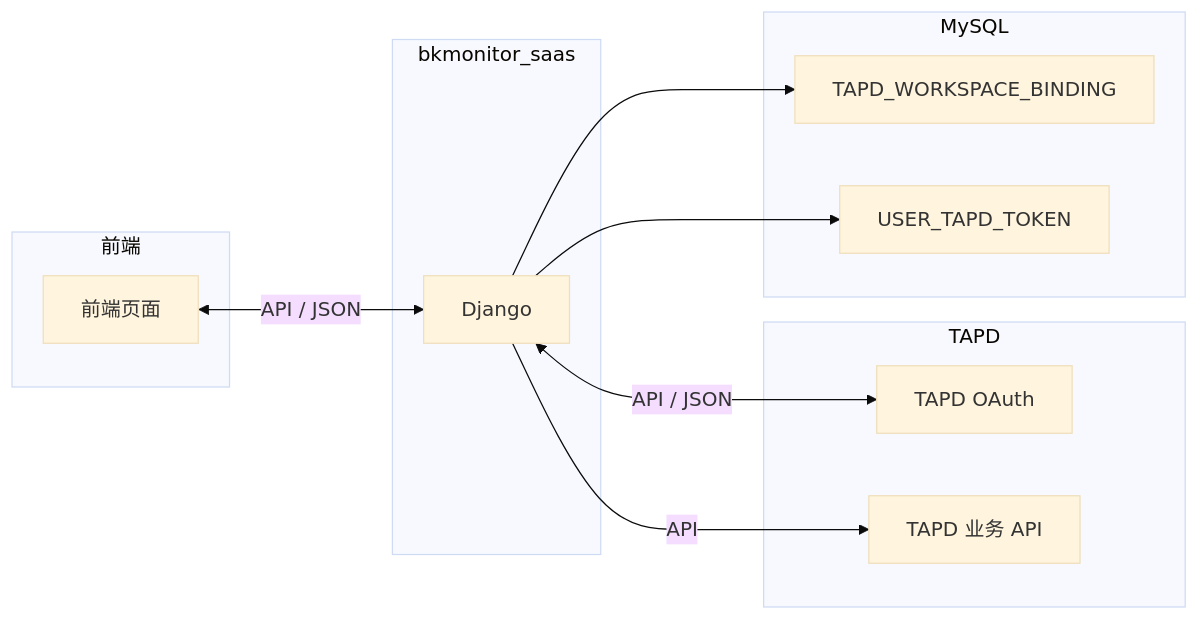
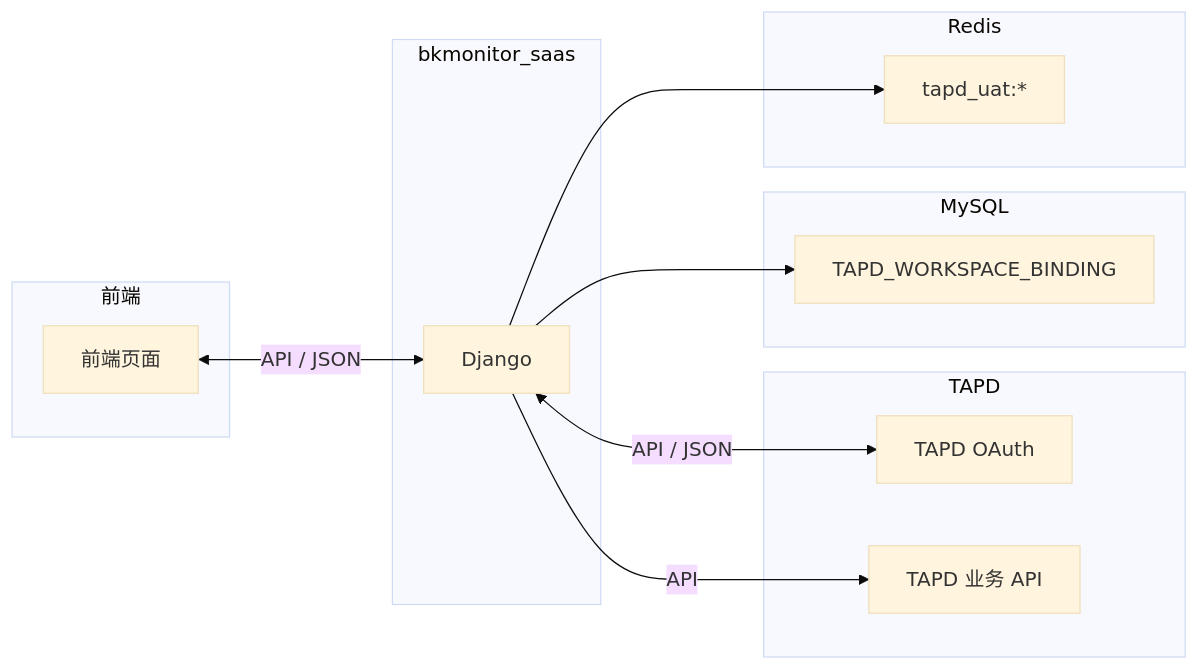
The fifth of 5 diagrams in requirements/integration/2026-06-15-TAPD授权与建单/data-flow-model.md (HACK-WU/bk-monitor-wiki), drawn with Mermaid (base theme) before and after one commit. The commit also changed other lines of this file and 34 other files, not shown here.

````diff
--- a/requirements/integration/2026-06-15-TAPD授权与建单/data-flow-model.md
+++ b/requirements/integration/2026-06-15-TAPD授权与建单/data-flow-model.md
@@ -284,22 +234,24 @@
 ```mermaid
 flowchart LR
     subgraph 前端
         FE[前端页面]
     end
     subgraph bkmonitor_saas
         SAAS[Django]
     end
     subgraph TAPD
         OAUTH[TAPD OAuth]
         API[TAPD 业务 API]
     end
     subgraph MySQL
         DB1[TAPD_WORKSPACE_BINDING]
-        DB2[USER_TAPD_TOKEN]
+    end
+    subgraph Redis
+        R1[tapd_uat:*]
     end
     FE <-->|API / JSON| SAAS
     SAAS <-->|API / JSON| OAUTH
     SAAS -->|API| API
     SAAS --> DB1
-    SAAS --> DB2
+    SAAS --> R1
 ```
````
